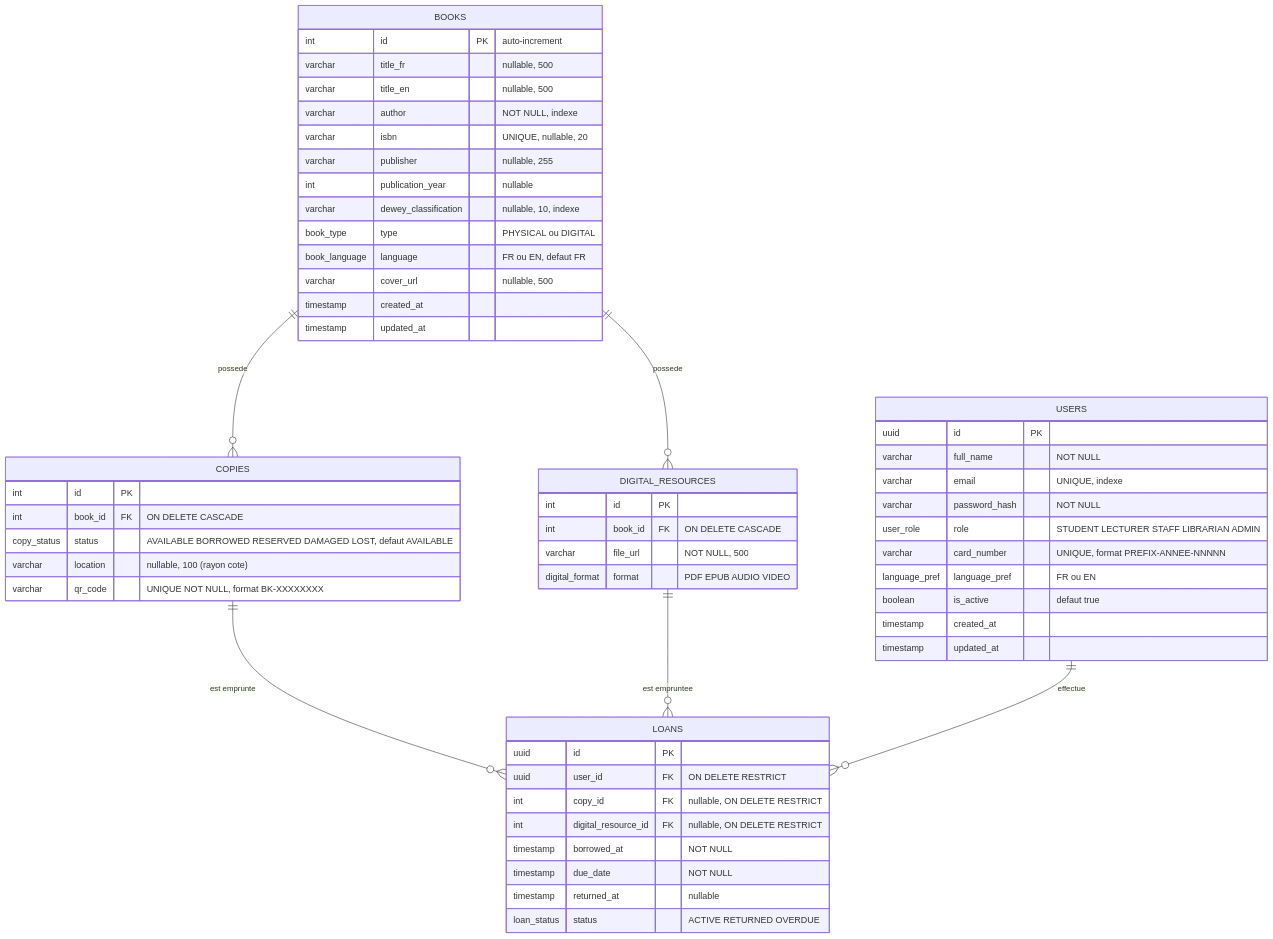
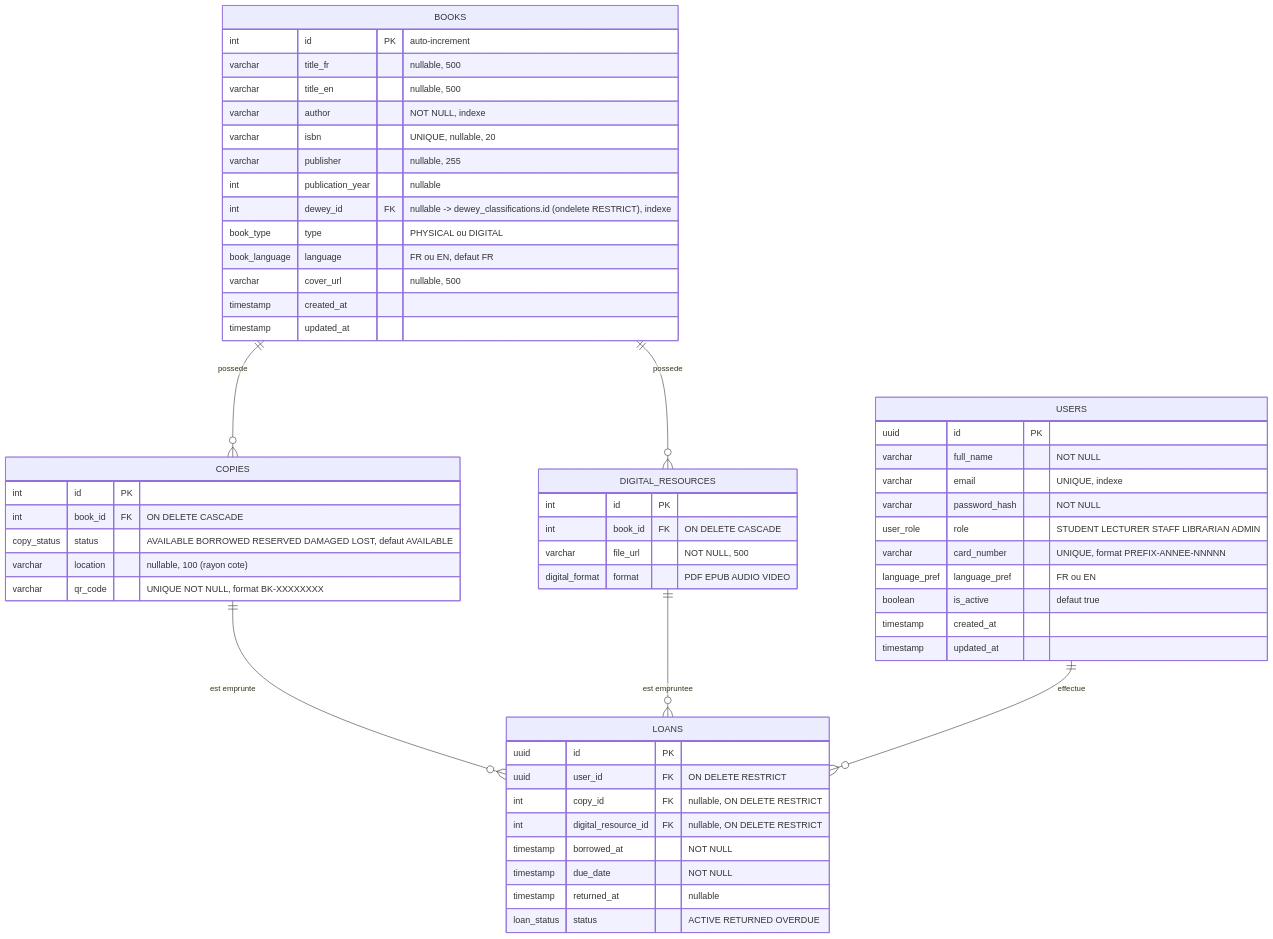
The diagram in docs/erd_catalogue.md (Miguel25darwin/SmartLib-Backend), drawn with Mermaid before and after one commit. The commit also changed 29 other files, not shown here.

````diff
--- a/docs/erd_catalogue.md
+++ b/docs/erd_catalogue.md
@@ -6,63 +6,63 @@
 ```mermaid
 erDiagram
     BOOKS ||--o{ COPIES : "possede"
     BOOKS ||--o{ DIGITAL_RESOURCES : "possede"
     COPIES ||--o{ LOANS : "est emprunte"
     DIGITAL_RESOURCES ||--o{ LOANS : "est empruntee"
     USERS ||--o{ LOANS : "effectue"
 
     BOOKS {
         int id PK "auto-increment"
         varchar title_fr "nullable, 500"
         varchar title_en "nullable, 500"
         varchar author "NOT NULL, indexe"
         varchar isbn "UNIQUE, nullable, 20"
         varchar publisher "nullable, 255"
         int publication_year "nullable"
-        varchar dewey_classification "nullable, 10, indexe"
+        int dewey_id FK "nullable -> dewey_classifications.id (ondelete RESTRICT), indexe"
         book_type type "PHYSICAL ou DIGITAL"
         book_language language "FR ou EN, defaut FR"
         varchar cover_url "nullable, 500"
         timestamp created_at
         timestamp updated_at
     }
 
     COPIES {
         int id PK
         int book_id FK "ON DELETE CASCADE"
         copy_status status "AVAILABLE BORROWED RESERVED DAMAGED LOST, defaut AVAILABLE"
         varchar location "nullable, 100 (rayon cote)"
         varchar qr_code "UNIQUE NOT NULL, format BK-XXXXXXXX"
     }
 
     DIGITAL_RESOURCES {
         int id PK
         int book_id FK "ON DELETE CASCADE"
         varchar file_url "NOT NULL, 500"
         digital_format format "PDF EPUB AUDIO VIDEO"
     }
 
     USERS {
         uuid id PK
         varchar full_name "NOT NULL"
         varchar email "UNIQUE, indexe"
         varchar password_hash "NOT NULL"
         user_role role "STUDENT LECTURER STAFF LIBRARIAN ADMIN"
         varchar card_number "UNIQUE, format PREFIX-ANNEE-NNNNN"
         language_pref language_pref "FR ou EN"
         boolean is_active "defaut true"
         timestamp created_at
         timestamp updated_at
     }
 
     LOANS {
         uuid id PK
         uuid user_id FK "ON DELETE RESTRICT"
         int copy_id FK "nullable, ON DELETE RESTRICT"
         int digital_resource_id FK "nullable, ON DELETE RESTRICT"
         timestamp borrowed_at "NOT NULL"
         timestamp due_date "NOT NULL"
         timestamp returned_at "nullable"
         loan_status status "ACTIVE RETURNED OVERDUE"
     }
 ```
````
